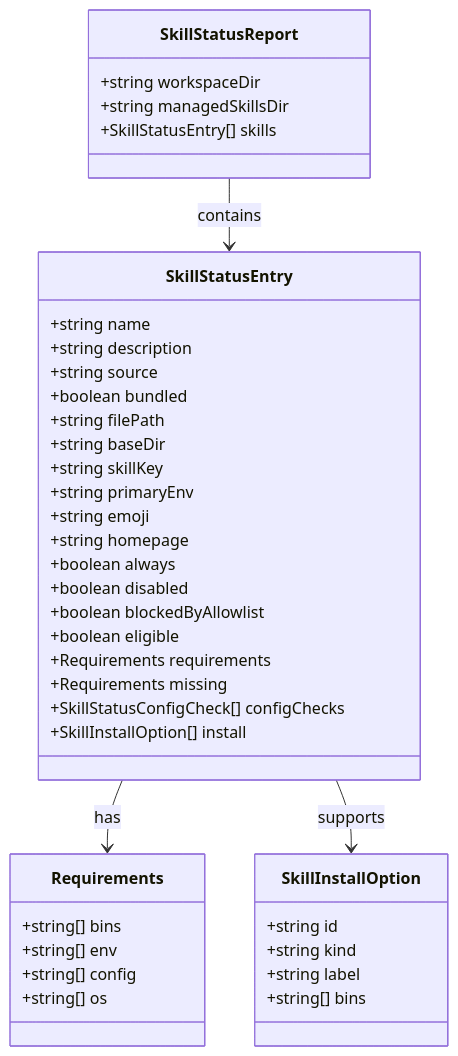
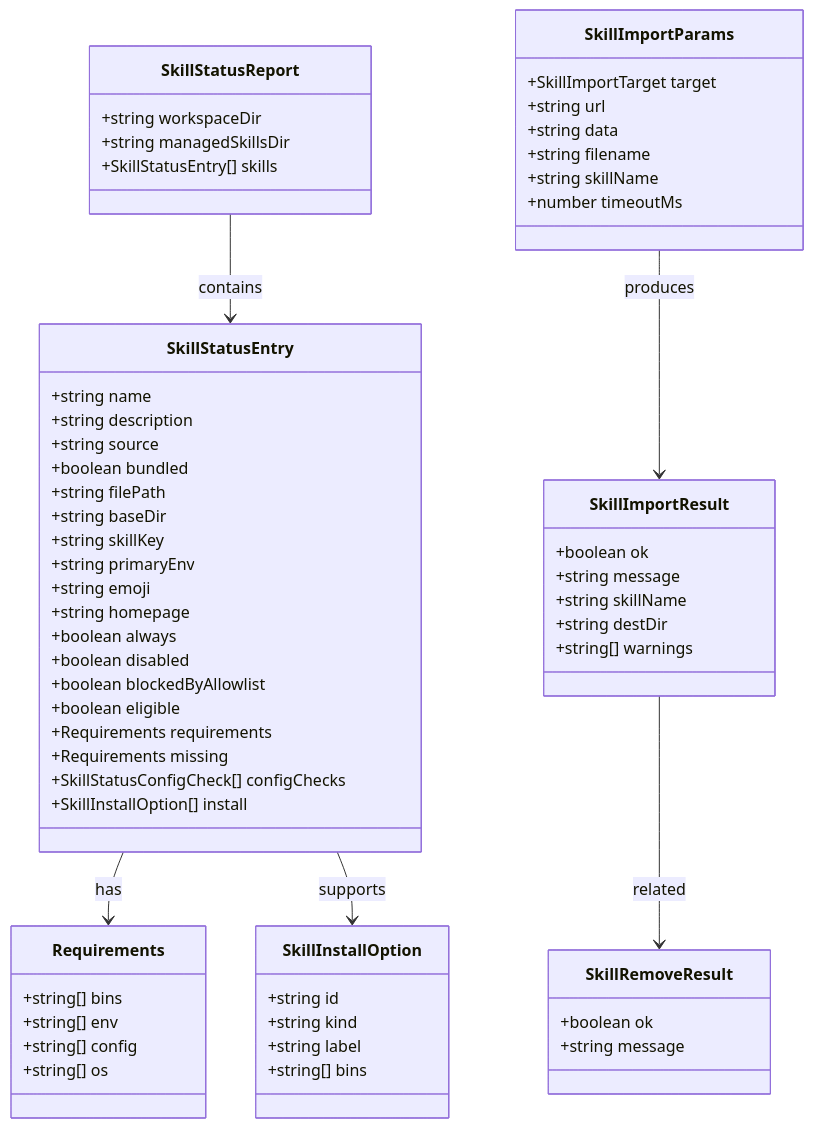
One commit to verse-ai-org/openclaw changed the second of 12 diagrams in .qoder/repowiki/zh/content/Web界面/UI组件系统/技能状态管理.md. Above: the diagram before and after it, drawn with Mermaid. The commit also changed other lines of this file and 33 other files, not shown here.

````diff
--- a/.qoder/repowiki/zh/content/Web界面/UI组件系统/技能状态管理.md
+++ b/.qoder/repowiki/zh/content/Web界面/UI组件系统/技能状态管理.md
@@ -92,43 +113,64 @@
 ```mermaid
 classDiagram
 class SkillStatusEntry {
 +string name
 +string description
 +string source
 +boolean bundled
 +string filePath
 +string baseDir
 +string skillKey
 +string primaryEnv
 +string emoji
 +string homepage
 +boolean always
 +boolean disabled
 +boolean blockedByAllowlist
 +boolean eligible
 +Requirements requirements
 +Requirements missing
 +SkillStatusConfigCheck[] configChecks
 +SkillInstallOption[] install
 }
 class SkillStatusReport {
 +string workspaceDir
 +string managedSkillsDir
 +SkillStatusEntry[] skills
 }
 class Requirements {
 +string[] bins
 +string[] env
 +string[] config
 +string[] os
 }
 class SkillInstallOption {
 +string id
 +string kind
 +string label
 +string[] bins
 }
+class SkillImportParams {
++SkillImportTarget target
++string url
++string data
++string filename
++string skillName
++number timeoutMs
+}
+class SkillImportResult {
++boolean ok
++string message
++string skillName
++string destDir
++string[] warnings
+}
+class SkillRemoveResult {
++boolean ok
++string message
+}
 SkillStatusReport --> SkillStatusEntry : contains
 SkillStatusEntry --> Requirements : has
 SkillStatusEntry --> SkillInstallOption : supports
+SkillImportParams --> SkillImportResult : produces
+SkillImportResult --> SkillRemoveResult : related
 ```
````
